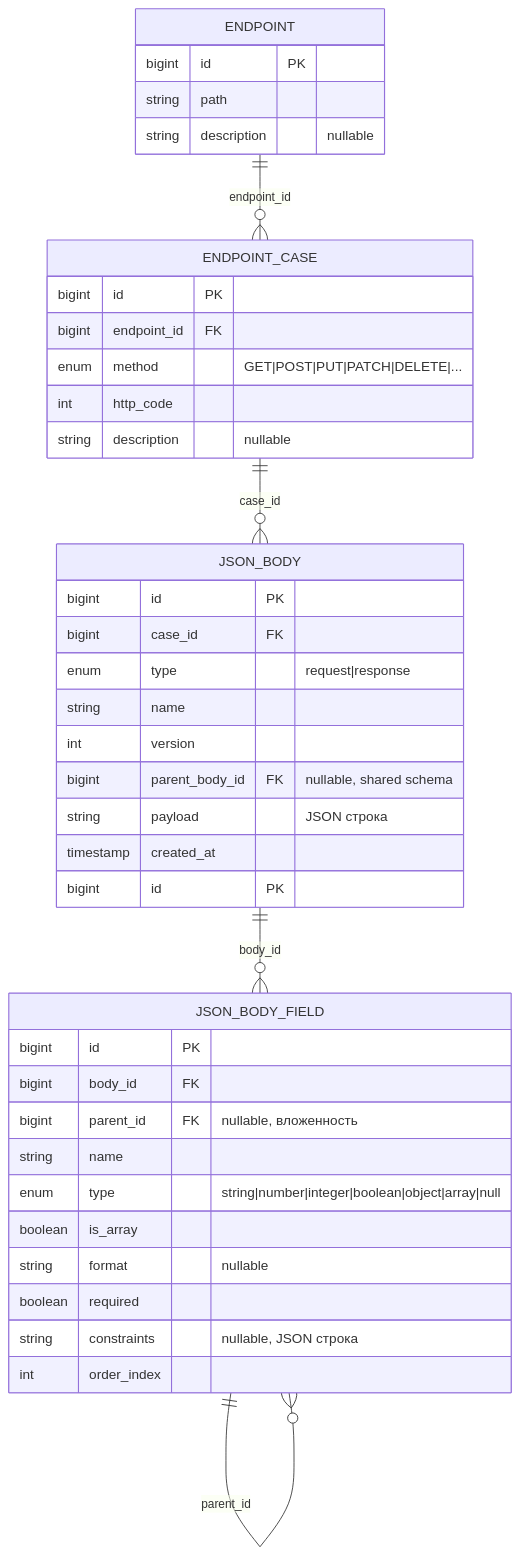
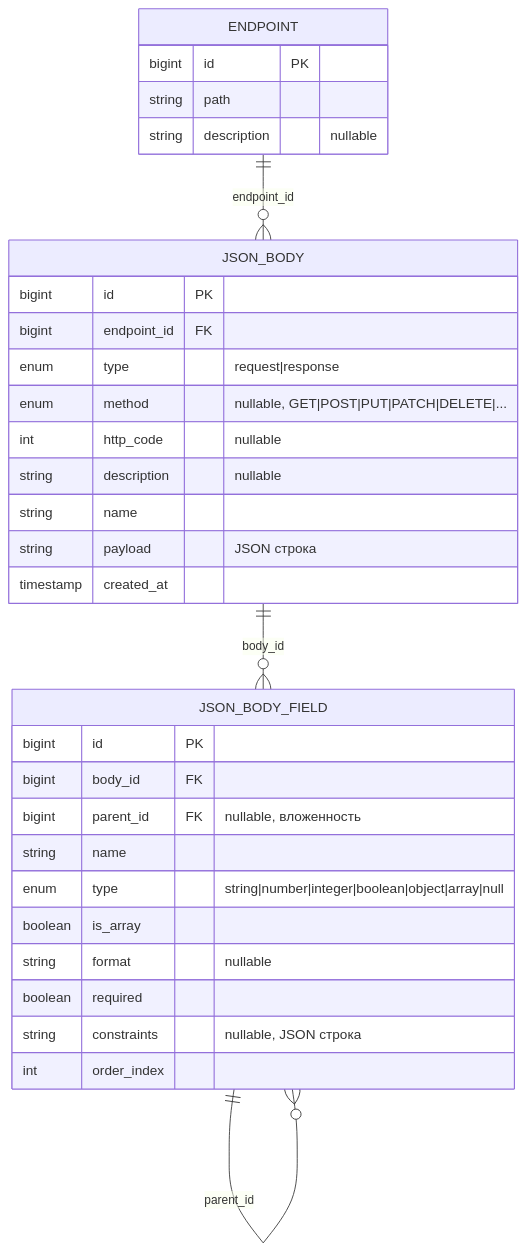
The diagram in smokerest/db/db_schema.md (p6tso/p6tso.github.io), drawn with Mermaid before and after one commit.

Commit message:
диплом1 база данных упрощаем

````diff
--- a/smokerest/db/db_schema.md
+++ b/smokerest/db/db_schema.md
@@ -1,47 +1,38 @@
 ```mermaid
 erDiagram
     JSON_BODY ||--o{ JSON_BODY_FIELD : "body_id"
     JSON_BODY_FIELD ||--o{ JSON_BODY_FIELD : "parent_id"
 
-    ENDPOINT ||--o{ ENDPOINT_CASE : "endpoint_id"
-    ENDPOINT_CASE ||--o{ JSON_BODY : "case_id"
+    ENDPOINT ||--o{ JSON_BODY : "endpoint_id"
 
     JSON_BODY {
         bigint id PK
-        bigint case_id FK
+        bigint endpoint_id FK
         enum type "request|response"
+        enum method "nullable, GET|POST|PUT|PATCH|DELETE|..."
+        int http_code "nullable"
+        string description "nullable"
         string name
-        int version
-        bigint parent_body_id FK "nullable, shared schema"
         string payload "JSON строка"
         timestamp created_at
-        bigint id PK
     }
 
     JSON_BODY_FIELD {
         bigint id PK
         bigint body_id FK
         bigint parent_id FK "nullable, вложенность"
         string name
         enum type "string|number|integer|boolean|object|array|null"
         boolean is_array
         string format "nullable"
         boolean required
         string constraints "nullable, JSON строка"
         int order_index
     }
 
     ENDPOINT {
         bigint id PK
         string path
         string description "nullable"
     }
-
-    ENDPOINT_CASE {
-        bigint id PK
-        bigint endpoint_id FK
-        enum method "GET|POST|PUT|PATCH|DELETE|..."
-        int http_code
-        string description "nullable"
-    }
 ```
````
